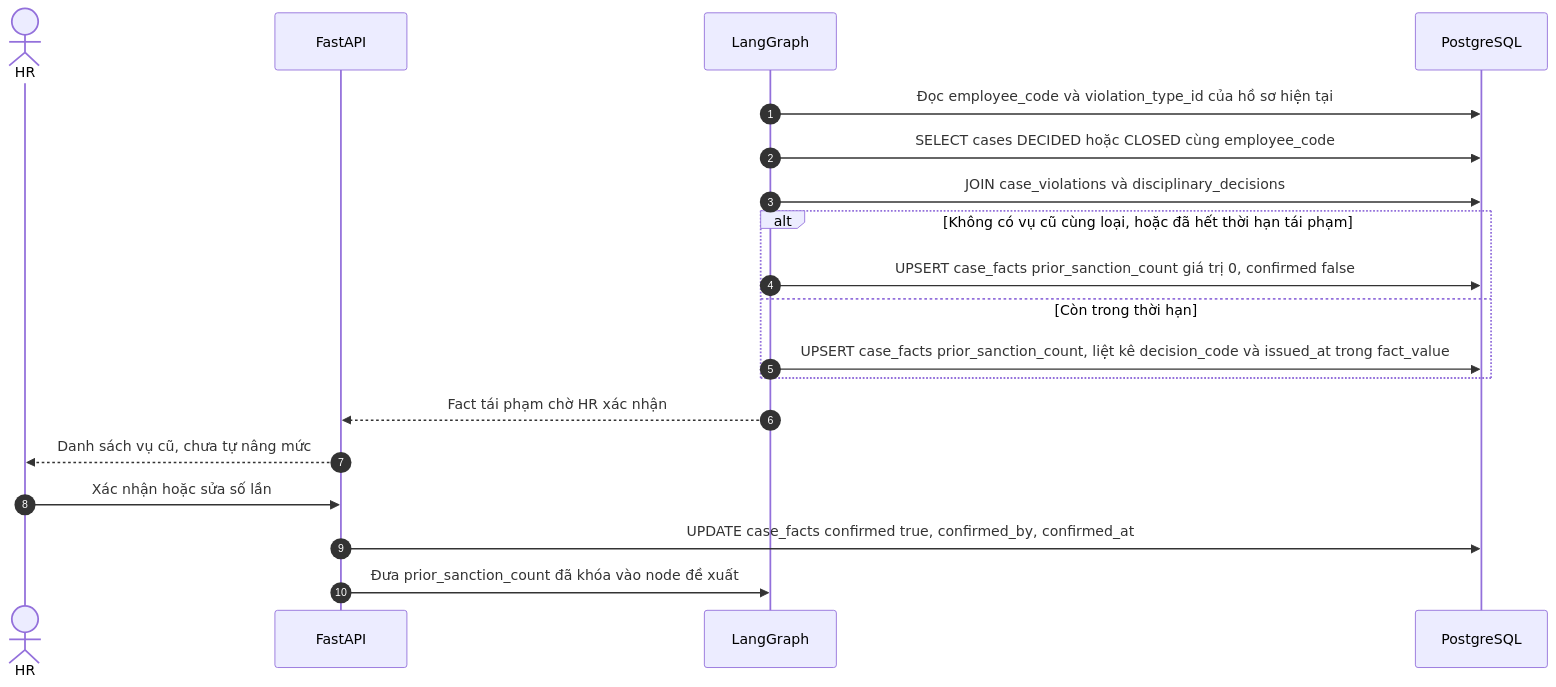
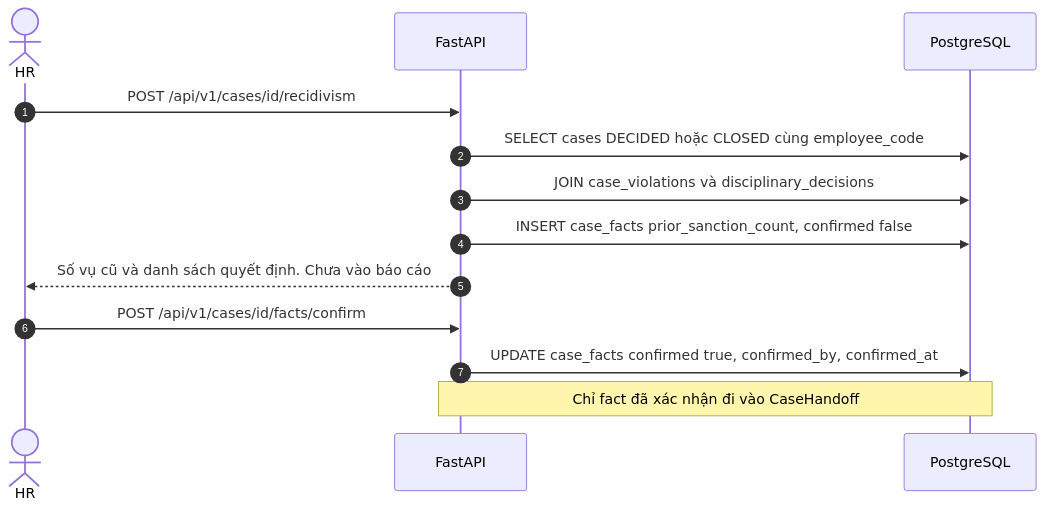
Diagram 12 of 15 in docs/features/features.md (Tuan-Nguyen-Minhh/HRHelp), drawn with Mermaid before and after one commit. The commit also changed other lines of this file and 210 other files, not shown here.

Commit message:
feat(schema): Add new models for message handling and recidivism tracking

````diff
--- a/docs/features/features.md
+++ b/docs/features/features.md
@@ -699,22 +713,16 @@
 ```mermaid
 sequenceDiagram
     autonumber
     actor HR as HR
     participant API as FastAPI
-    participant AG as LangGraph
     participant DB as PostgreSQL
 
-    AG->>DB: Đọc employee_code và violation_type_id của hồ sơ hiện tại
-    AG->>DB: SELECT cases DECIDED hoặc CLOSED cùng employee_code
-    AG->>DB: JOIN case_violations và disciplinary_decisions
-    alt Không có vụ cũ cùng loại, hoặc đã hết thời hạn tái phạm
-        AG->>DB: UPSERT case_facts prior_sanction_count giá trị 0, confirmed false
-    else Còn trong thời hạn
-        AG->>DB: UPSERT case_facts prior_sanction_count, liệt kê decision_code và issued_at trong fact_value
-    end
-    AG-->>API: Fact tái phạm chờ HR xác nhận
-    API-->>HR: Danh sách vụ cũ, chưa tự nâng mức
-    HR->>API: Xác nhận hoặc sửa số lần
+    HR->>API: POST /api/v1/cases/id/recidivism
+    API->>DB: SELECT cases DECIDED hoặc CLOSED cùng employee_code
+    API->>DB: JOIN case_violations và disciplinary_decisions
+    API->>DB: INSERT case_facts prior_sanction_count, confirmed false
+    API-->>HR: Số vụ cũ và danh sách quyết định. Chưa vào báo cáo
+    HR->>API: POST /api/v1/cases/id/facts/confirm
     API->>DB: UPDATE case_facts confirmed true, confirmed_by, confirmed_at
-    API->>AG: Đưa prior_sanction_count đã khóa vào node đề xuất
+    Note over API,DB: Chỉ fact đã xác nhận đi vào CaseHandoff
 ```
````
